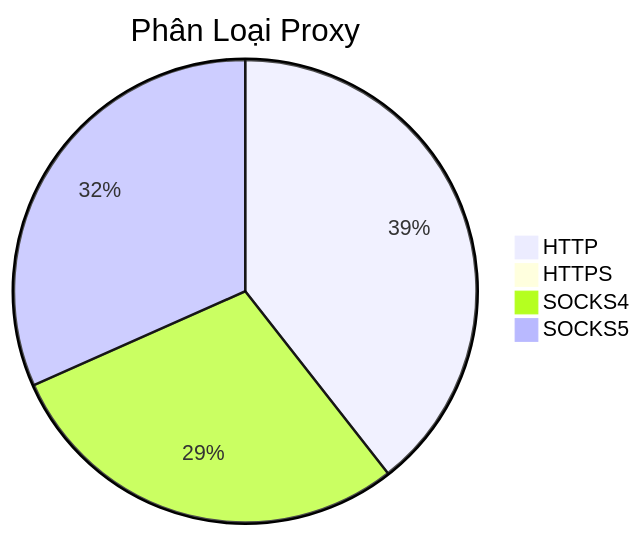
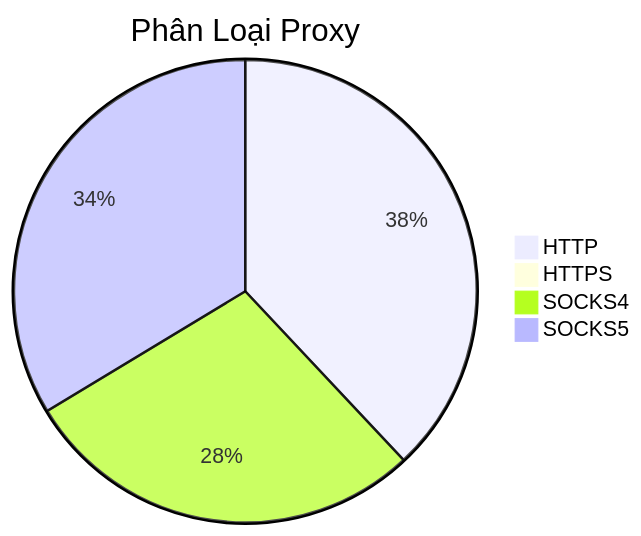
The diagram in README.md (Ciara-12/PROXY-free), drawn with Mermaid before and after one commit. The commit also changed other lines of this file and 3 other files, not shown here.

````diff
--- a/README.md
+++ b/README.md
@@ -26,7 +26,7 @@
 ```mermaid
 pie title Phân Loại Proxy
-    "HTTP" : 477
+    "HTTP" : 358
     "HTTPS" : 0
-    "SOCKS4" : 350
-    "SOCKS5" : 383
+    "SOCKS4" : 267
+    "SOCKS5" : 317
 ```
````
